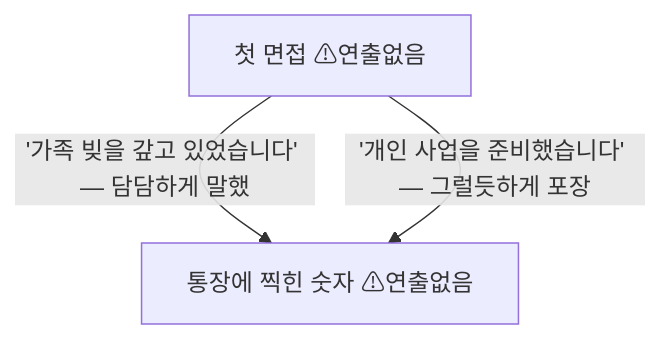
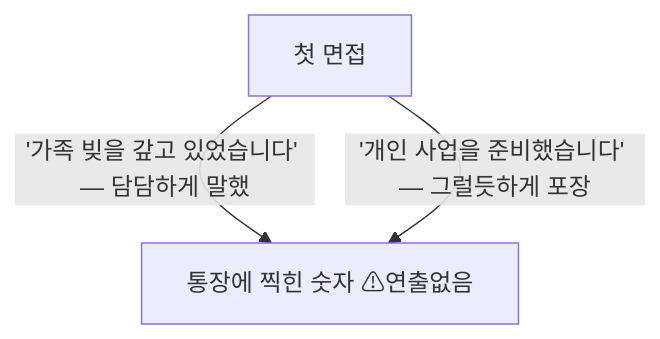
The fourth of 39 diagrams in docs/STATUS.md (junheeleee/GangnamDream), drawn with Mermaid before and after one commit. The commit also changed other lines of this file and 50 other files, not shown here.

````diff
--- a/docs/STATUS.md
+++ b/docs/STATUS.md
@@ -282,7 +283,7 @@
 ```mermaid
 flowchart TD
-  arc_intro_01_meal["첫 면접 ⚠︎연출없음"]
+  arc_intro_01_meal["첫 면접"]
   arc_intro_02_dad_call["통장에 찍힌 숫자 ⚠︎연출없음"]
   arc_intro_01_meal -->|"'가족 빚을 갚고 있었습니다' — 담담하게 말했"| arc_intro_02_dad_call
   arc_intro_01_meal -->|"'개인 사업을 준비했습니다' — 그럴듯하게 포장"| arc_intro_02_dad_call
 ```
````
